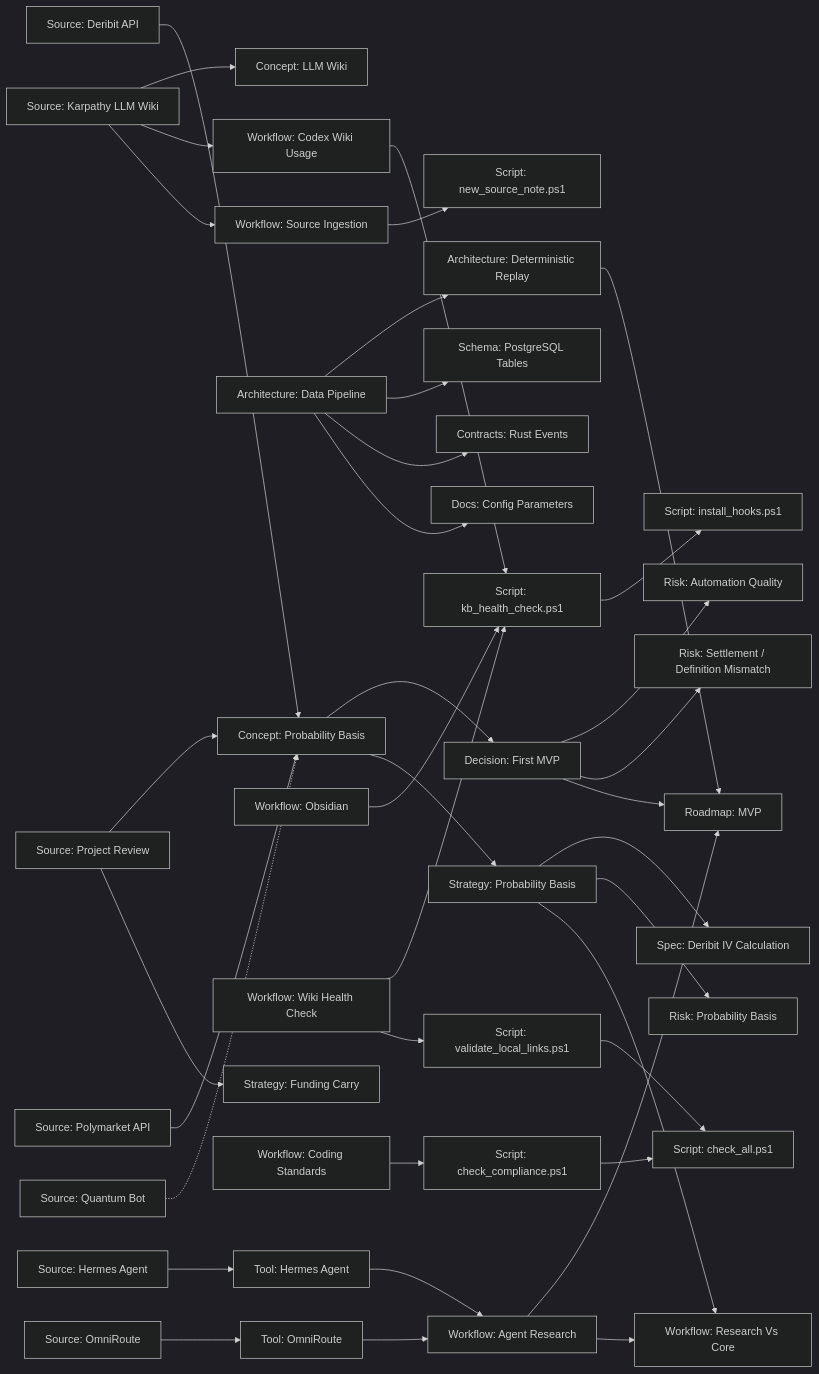
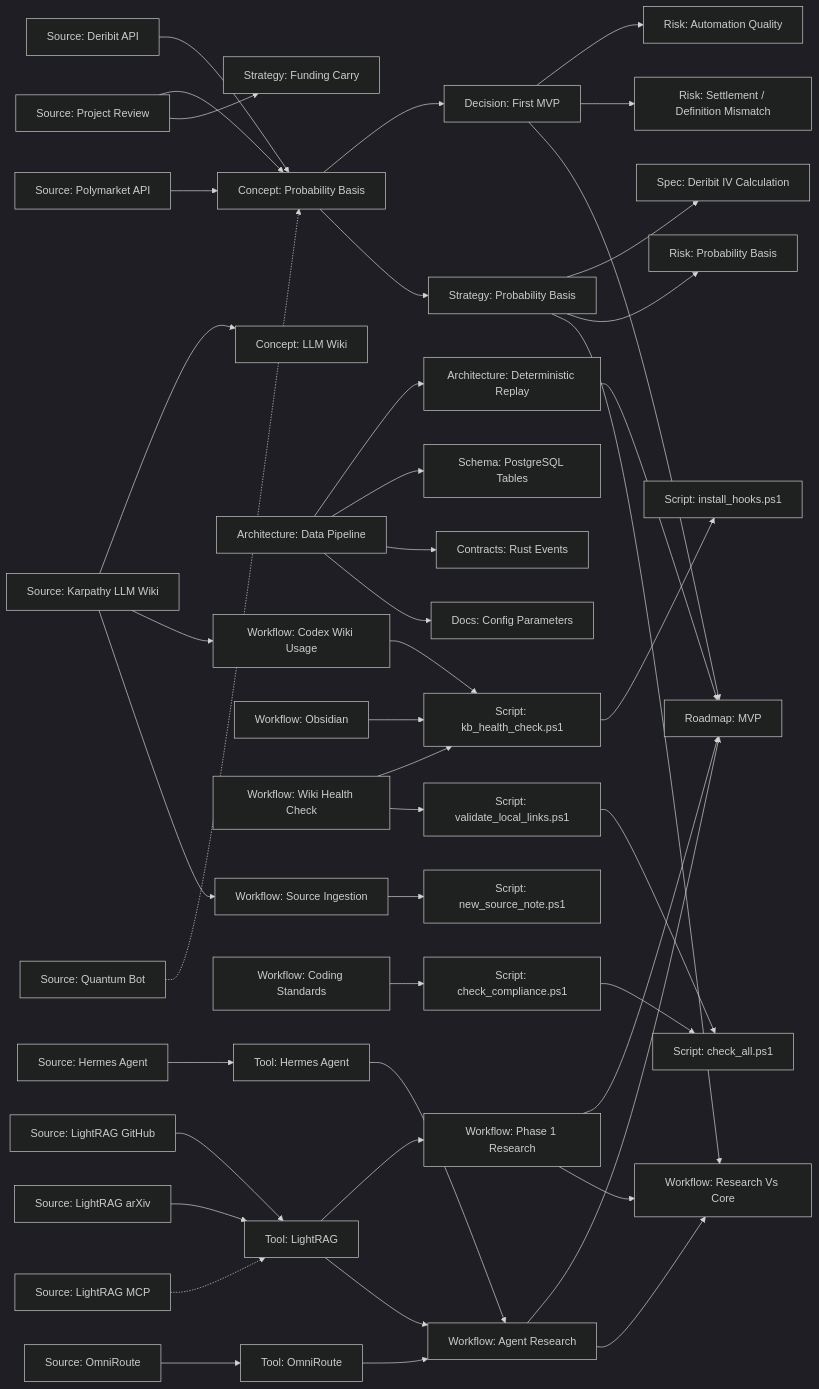
One commit to Cryptotehnolog/CRYPTOTEHNOLOG changed the diagram in knowledge/graph.md. Above: the diagram before and after it, drawn with Mermaid (dark theme). The commit also changed 11 other files, not shown here.

Commit message:
Document deferred LightRAG research layer

```diff
--- a/knowledge/graph.md
+++ b/knowledge/graph.md
@@ -27,6 +27,9 @@
     review["Source: Project Review"]
     deribit["Source: Deribit API"]
     hermesSource["Source: Hermes Agent"]
+    lightragGithub["Source: LightRAG GitHub"]
+    lightragPaper["Source: LightRAG arXiv"]
+    lightragMcp["Source: LightRAG MCP"]
     omniSource["Source: OmniRoute"]
     polymarket["Source: Polymarket API"]
     quantum["Source: Quantum Bot"]
@@ -56,9 +59,11 @@
     ingestWorkflow["Workflow: Source Ingestion"]
     codingStandards["Workflow: Coding Standards"]
     agentResearch["Workflow: Agent Research"]
+    phase1Research["Workflow: Phase 1 Research"]
     researchVsCore["Workflow: Research Vs Core"]
 
     hermesTool["Tool: Hermes Agent"]
+    lightragTool["Tool: LightRAG"]
     omniTool["Tool: OmniRoute"]
 
     kbCheck["Script: kb_health_check.ps1"]
@@ -73,6 +78,9 @@
     karpathy --> ingestWorkflow
     deribit --> probabilityBasis
     hermesSource --> hermesTool
+    lightragGithub --> lightragTool
+    lightragPaper --> lightragTool
+    lightragMcp -.-> lightragTool
     omniSource --> omniTool
     polymarket --> probabilityBasis
     quantum -.-> probabilityBasis
@@ -98,9 +106,13 @@
     ingestWorkflow --> sourceNote
     codingStandards --> compliance
     hermesTool --> agentResearch
+    lightragTool --> phase1Research
+    lightragTool --> agentResearch
     omniTool --> agentResearch
     agentResearch --> roadmap
+    phase1Research --> roadmap
     agentResearch --> researchVsCore
+    phase1Research --> researchVsCore
     probabilityStrategy --> researchVsCore
     kbCheck --> hooks
     linkCheck --> checkAll
```
